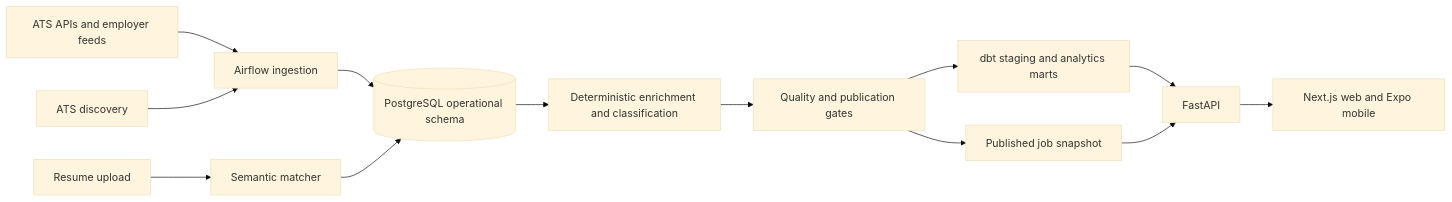
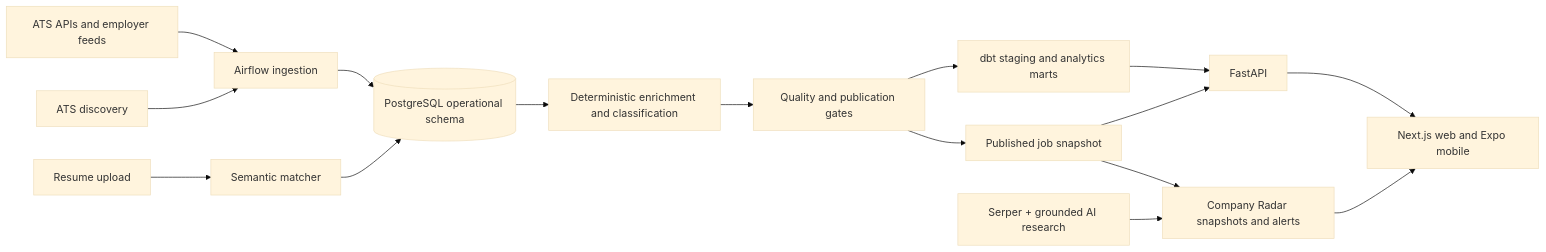
The diagram in README.md (lukejones3/job-market-analytics), drawn with Mermaid (base theme) before and after one commit. The commit also changed other lines of this file and 5 other files, not shown here.

Commit message:
Build archive-backed Company Radar data plane

````diff
--- a/README.md
+++ b/README.md
@@ -44,15 +58,18 @@
 ```mermaid
 flowchart LR
     A[ATS APIs and employer feeds] --> B[Airflow ingestion]
     D[ATS discovery] --> B
     B --> C[(PostgreSQL operational schema)]
     C --> E[Deterministic enrichment and classification]
     E --> F[Quality and publication gates]
     F --> G[dbt staging and analytics marts]
     F --> H[Published job snapshot]
     G --> I[FastAPI]
     H --> I
     R[Resume upload] --> M[Semantic matcher]
     M --> C
+    H --> Q[Company Radar snapshots and alerts]
+    X[Serper + grounded AI research] --> Q
+    Q --> W
     I --> W[Next.js web and Expo mobile]
 ```
````
